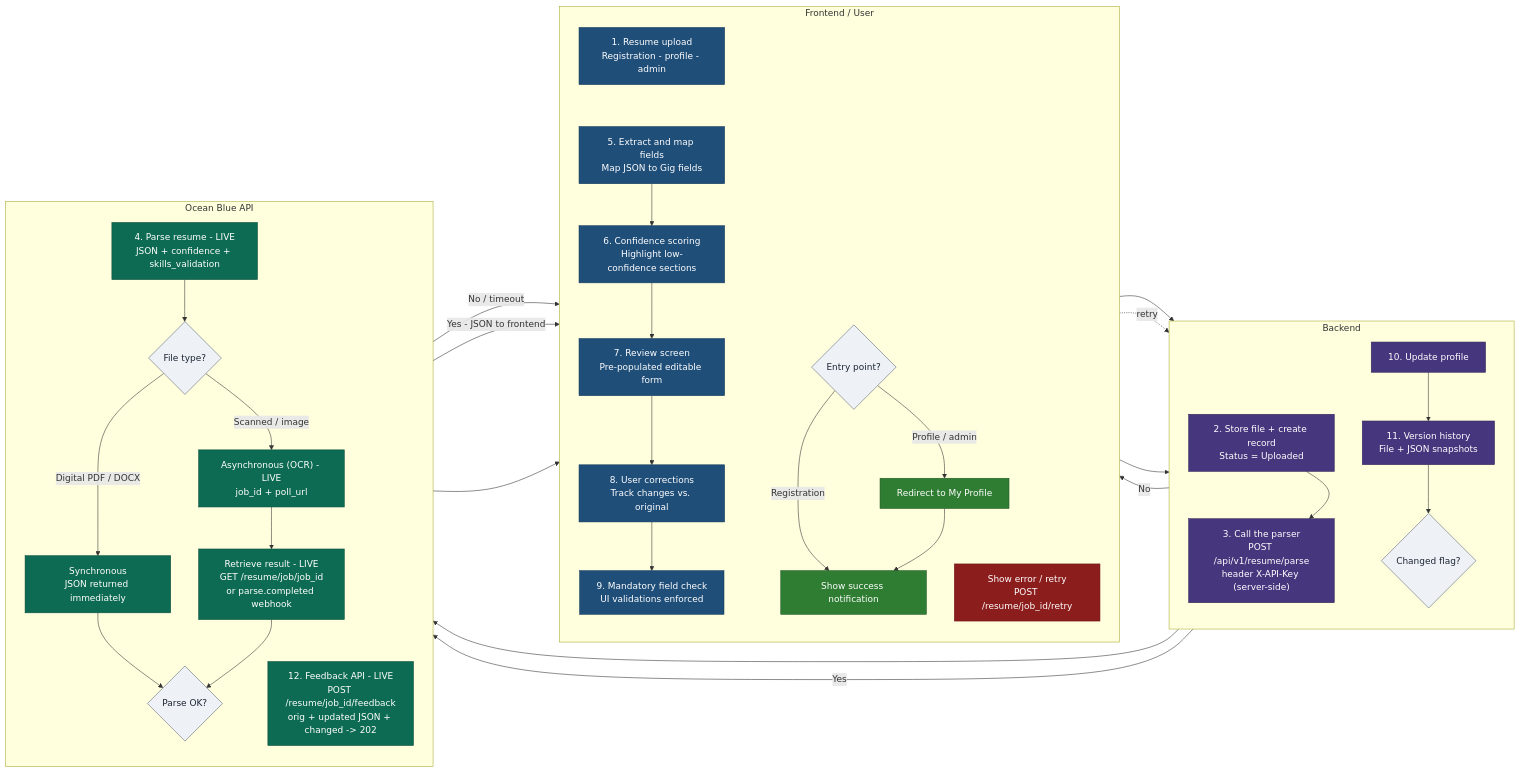
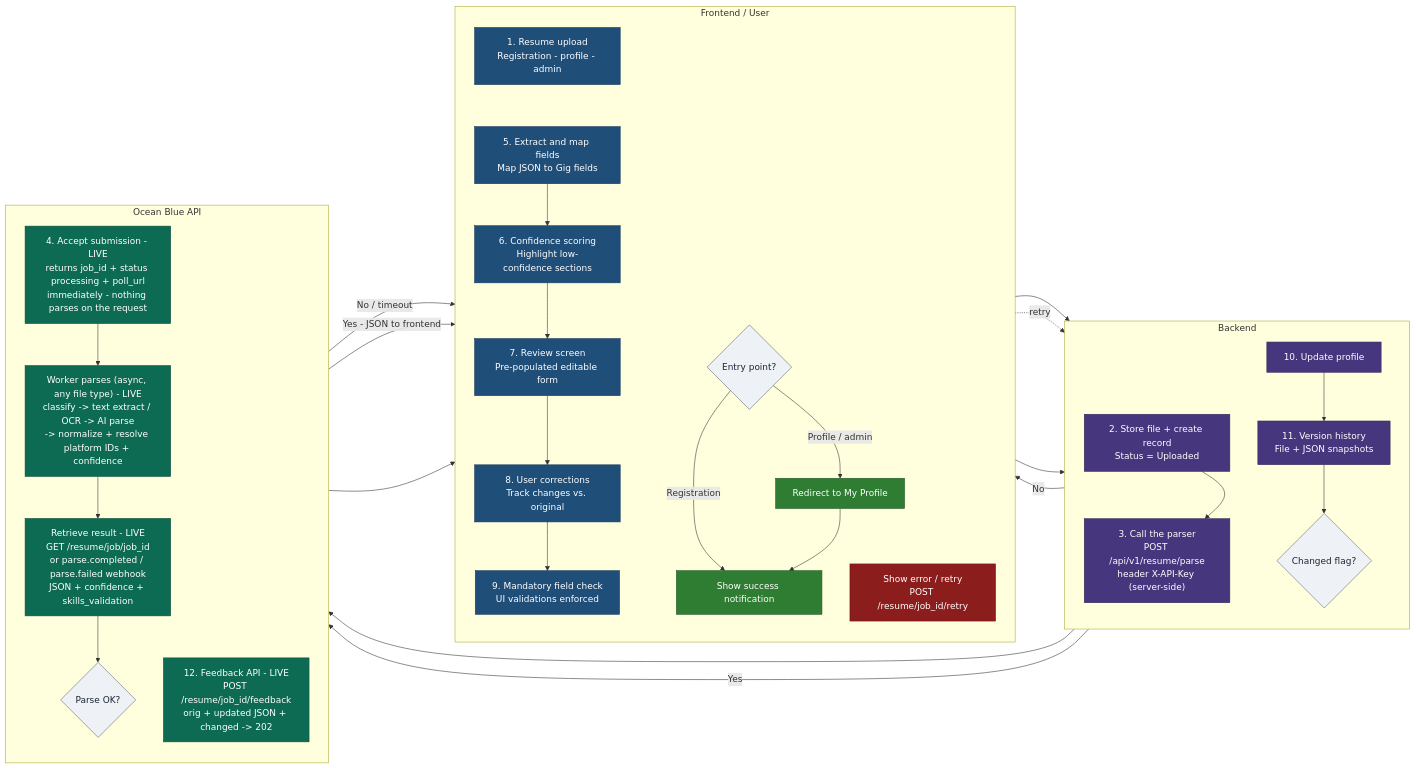
Before and after one commit to gagankarthik/resume-parser-blue-iq-dev: the diagram in docs/ocean-blue-integration-flow.md, drawn with Mermaid. The commit also changed other lines of this file and 15 other files, not shown here.

````diff
--- a/docs/ocean-blue-integration-flow.md
+++ b/docs/ocean-blue-integration-flow.md
@@ -16,64 +16,60 @@
 ```mermaid
 flowchart LR
   classDef fe  fill:#1f4e79,stroke:#163a5c,color:#fff;
   classDef be  fill:#46367d,stroke:#332758,color:#fff;
   classDef ob  fill:#0e6b53,stroke:#0a4d3c,color:#fff;
   classDef err fill:#8c1d1d,stroke:#6a1414,color:#fff;
   classDef ok  fill:#2e7d32,stroke:#225626,color:#fff;
   classDef dec fill:#eef2f7,stroke:#5b6573,color:#1c2433;
 
   %% ===================== LANE 1: FRONTEND / USER =====================
   subgraph FE["Frontend / User"]
     direction TB
     U1["1. Resume upload<br/>Registration - profile - admin"]:::fe
     F5["5. Extract and map fields<br/>Map JSON to Gig fields"]:::fe
     F6["6. Confidence scoring<br/>Highlight low-confidence sections"]:::fe
     F7["7. Review screen<br/>Pre-populated editable form"]:::fe
     F8["8. User corrections<br/>Track changes vs. original"]:::fe
     F9["9. Mandatory field check<br/>UI validations enforced"]:::fe
     ERRN["Show error / retry<br/>POST /resume/job_id/retry"]:::err
     EP{"Entry point?"}:::dec
     MP["Redirect to My Profile"]:::ok
     DONE["Show success notification"]:::ok
     U1 ~~~ F5 --> F6 --> F7 --> F8 --> F9
   end
 
   %% ===================== LANE 2: BACKEND =====================
   subgraph BE["Backend"]
     direction TB
     B2["2. Store file + create record<br/>Status = Uploaded"]:::be
     B3["3. Call the parser<br/>POST /api/v1/resume/parse<br/>header X-API-Key (server-side)"]:::be
     B10["10. Update profile"]:::be
     B11["11. Version history<br/>File + JSON snapshots"]:::be
     CF{"Changed flag?"}:::dec
     B2 ~~~ B3
     B10 --> B11 --> CF
   end
 
   %% ===================== LANE 3: OCEAN BLUE API =====================
   subgraph OB["Ocean Blue API"]
     direction TB
-    O4["4. Parse resume - LIVE<br/>JSON + confidence + skills_validation"]:::ob
-    FT{"File type?"}:::dec
-    SYNC["Synchronous<br/>JSON returned immediately"]:::ob
-    ASYNC["Asynchronous (OCR) - LIVE<br/>job_id + poll_url"]:::ob
-    POLL["Retrieve result - LIVE<br/>GET /resume/job/job_id<br/>or parse.completed webhook"]:::ob
+    O4["4. Accept submission - LIVE<br/>returns job_id + status processing + poll_url<br/>immediately - nothing parses on the request"]:::ob
+    WRK["Worker parses (async, any file type) - LIVE<br/>classify -> text extract / OCR -> AI parse<br/>-> normalize + resolve platform IDs + confidence"]:::ob
+    POLL["Retrieve result - LIVE<br/>GET /resume/job/job_id<br/>or parse.completed / parse.failed webhook<br/>JSON + confidence + skills_validation"]:::ob
     POK{"Parse OK?"}:::dec
     O12["12. Feedback API - LIVE<br/>POST /resume/job_id/feedback<br/>orig + updated JSON + changed -> 202"]:::ob
-    O4 --> FT
-    FT -->|"Digital PDF / DOCX"| SYNC --> POK
-    FT -->|"Scanned / image"| ASYNC --> POLL --> POK
+    O4 --> WRK --> POLL --> POK
   end
 
   %% ===================== CROSS-LANE FLOW =====================
   U1 --> B2 --> B3 --> O4
   POK -->|"No / timeout"| ERRN
   ERRN -. retry .-> B3
   POK -->|"Yes - JSON to frontend"| F5
   F9 --> B10
   CF -->|"Yes"| O12
   CF -->|"No"| EP
   O12 --> EP
   EP -->|"Registration"| DONE
   EP -->|"Profile / admin"| MP --> DONE
 ```
````
